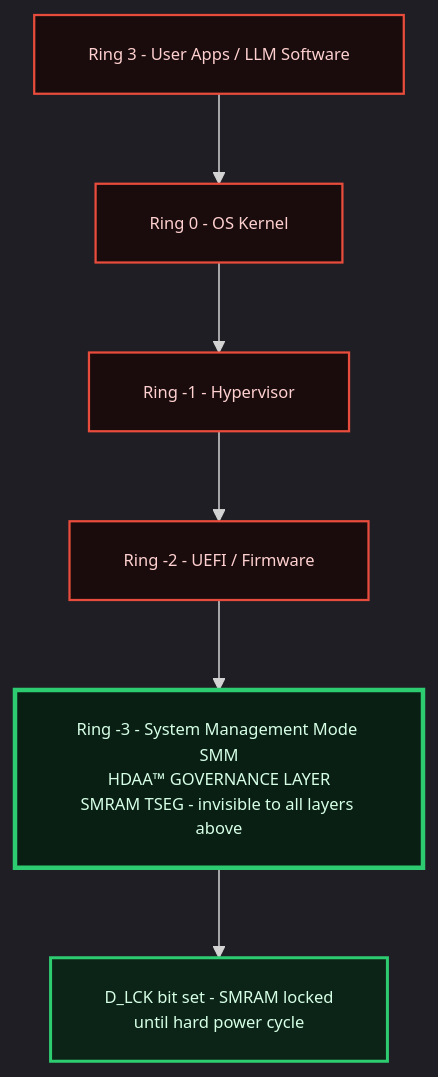
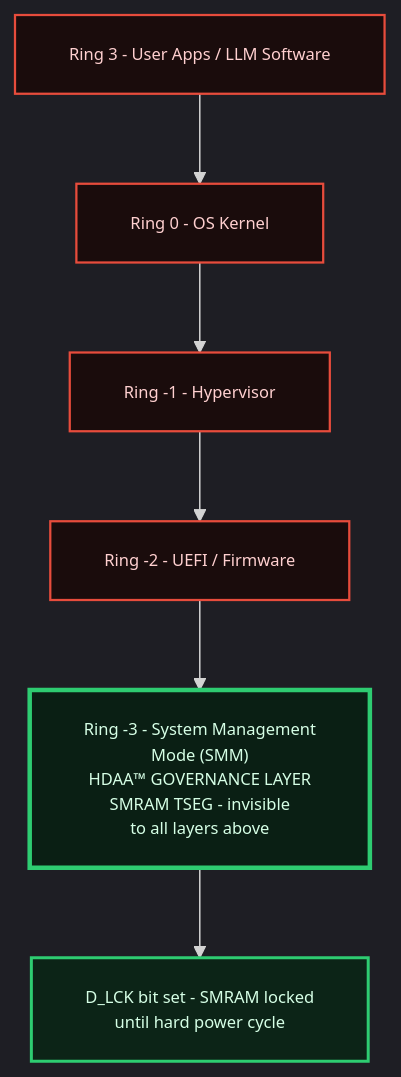
The second of 4 diagrams in docs/HDAA_FRAMEWORK.md (theghostinthecode-eng/The-Ghost-in-the-Code-HDAA-Substrate), drawn with Mermaid before and after one commit. The commit also changed other lines of this file, not shown here.

````diff
--- a/docs/HDAA_FRAMEWORK.md
+++ b/docs/HDAA_FRAMEWORK.md
@@ -63,24 +63,24 @@
 ```mermaid
 %%{init: {"theme":"dark", "themeVariables": {"fontSize":"11px"}, "flowchart": {"nodeSpacing":55, "rankSpacing":60, "padding":18, "useMaxWidth":true, "htmlLabels":true, "wrap":true}}}%%
 flowchart TD
     R3["Ring 3 - User Apps / LLM Software"]
     R0["Ring 0 - OS Kernel"]
     Rm1["Ring -1 - Hypervisor"]
     Rm2["Ring -2 - UEFI / Firmware"]
-    Rm3["Ring -3 - System Management Mode SMM<br/>HDAA™ GOVERNANCE LAYER<br/>SMRAM TSEG - invisible to all layers above"]
+    Rm3["Ring -3 - System Management<br/>Mode (SMM)<br/>HDAA™ GOVERNANCE LAYER<br/>SMRAM TSEG - invisible<br/>to all layers above"]
     SEAL["D_LCK bit set - SMRAM locked<br/>until hard power cycle"]
 
     R3 --> R0
     R0 --> Rm1
     Rm1 --> Rm2
     Rm2 --> Rm3
     Rm3 --> SEAL
 
     classDef vuln fill:#1a0c0c,stroke:#e74c3c,stroke-width:1.5px,color:#ffd0d0;
     classDef gov fill:#0a1f14,stroke:#2ecc71,stroke-width:3px,color:#d6ffe6;
     classDef open fill:#0c2417,stroke:#2ecc71,stroke-width:2px,color:#d6ffe6;
 
     class R3,R0,Rm1,Rm2 vuln;
     class Rm3 gov;
     class SEAL open;
 ```
````
